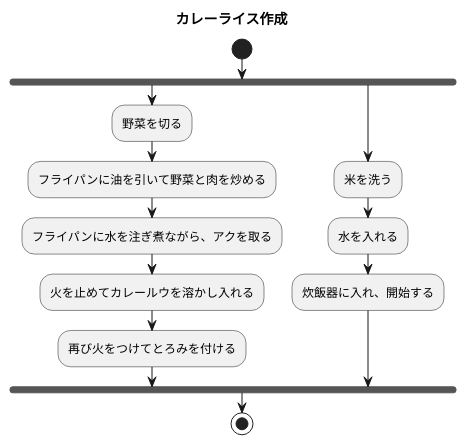
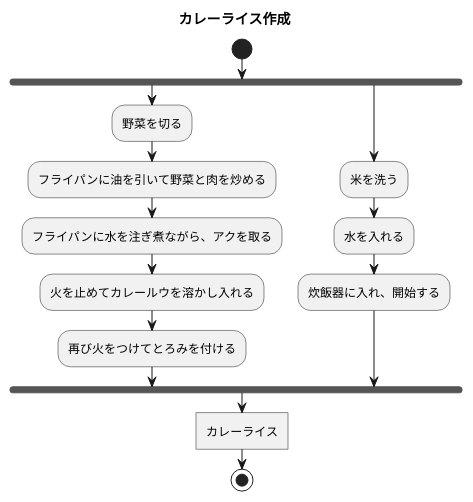
Before and after one commit to Ragamn/uml-introduction: the diagram in 7章練習_ACカレーライス.pu, drawn with PlantUML.

Commit message:
例題演習

```diff
--- a/7章練習_ACカレーライス.pu
+++ b/7章練習_ACカレーライス.pu
@@ -1,16 +1,17 @@
 @startuml
     title カレーライス作成
     start
     fork
     :野菜を切る;
     :フライパンに油を引いて野菜と肉を炒める;
     :フライパンに水を注ぎ煮ながら、アクを取る;
     :火を止めてカレールウを溶かし入れる;
     :再び火をつけてとろみを付ける;
     fork again
     :米を洗う;
     :水を入れる;
     :炊飯器に入れ、開始する;
     end fork
+    :カレーライス]
     stop
 @enduml
```
